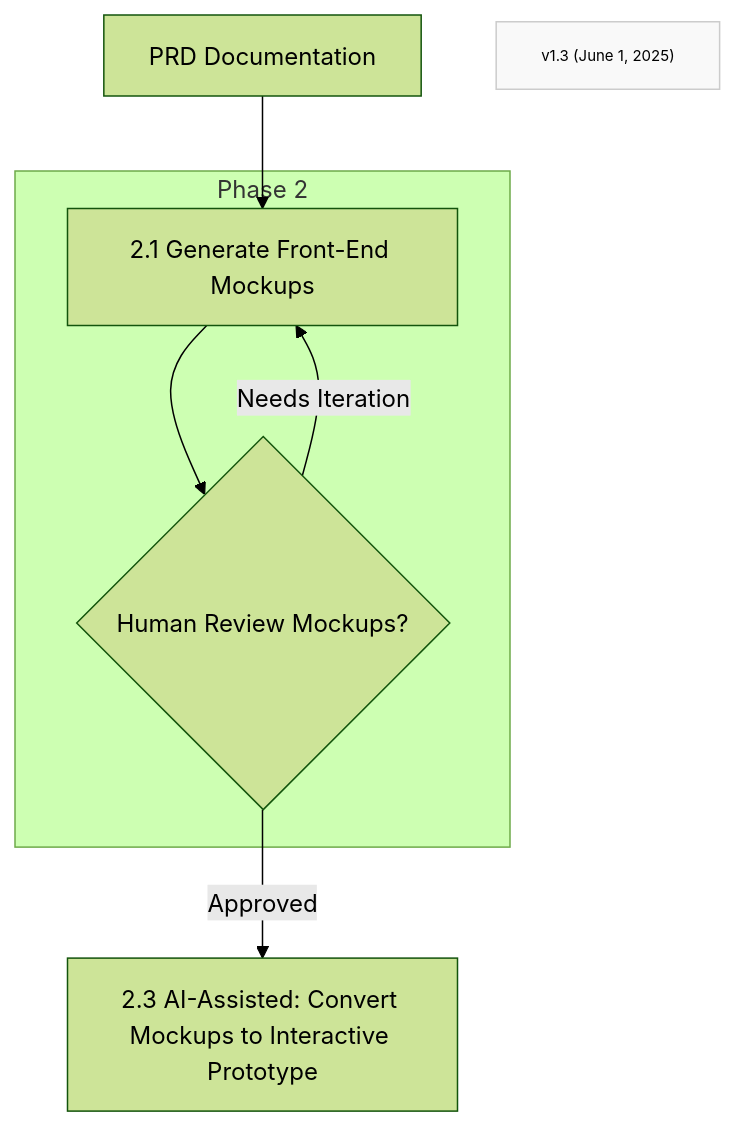
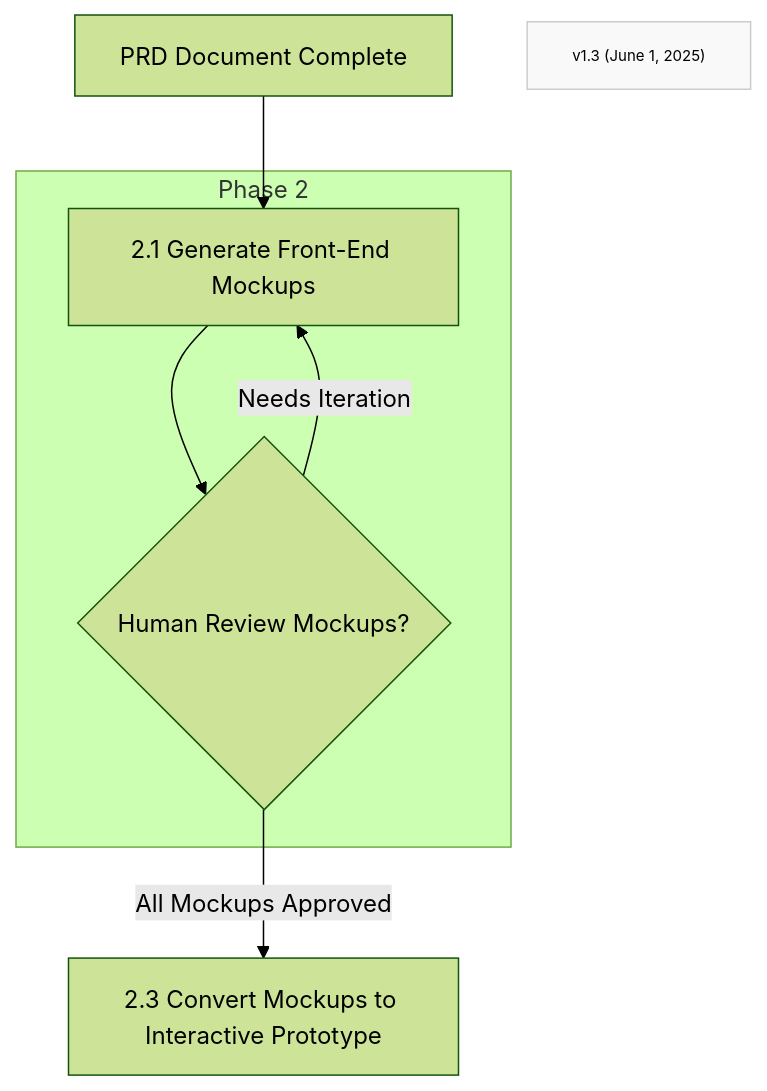
Before and after one commit to Mharbulous/Front-First-Method: the diagram in Method/FF-phase2.md, drawn with Mermaid (forest theme).

Commit message:
Refiened Phase 2 diagram

````diff
--- a/Method/FF-phase2.md
+++ b/Method/FF-phase2.md
@@ -3,13 +3,13 @@
 ```mermaid
 graph TD
     
-    B1["PRD Documentation"] --> B2["2.1 Generate Front-End Mockups"]    
+    B1["PRD Document Complete"] --> B2["2.1 Generate Front-End Mockups"]    
     subgraph Phase2 ["Phase 2"]
         B2 --> B2_Val{"Human Review Mockups?"}
         B2_Val -->|Needs Iteration| B2
     end
-B2_Val -->|Approved| B3["2.3 AI-Assisted: Convert Mockups to Interactive Prototype"]
+B2_Val -->|All Mockups Approved| B3["2.3 Convert Mockups to Interactive Prototype"]
 Version["v1.3 (June 1, 2025)"]    
 classDef version fill:#f9f9f9,stroke:#ccc,font-size:10px
 class Version version
 ```
````
